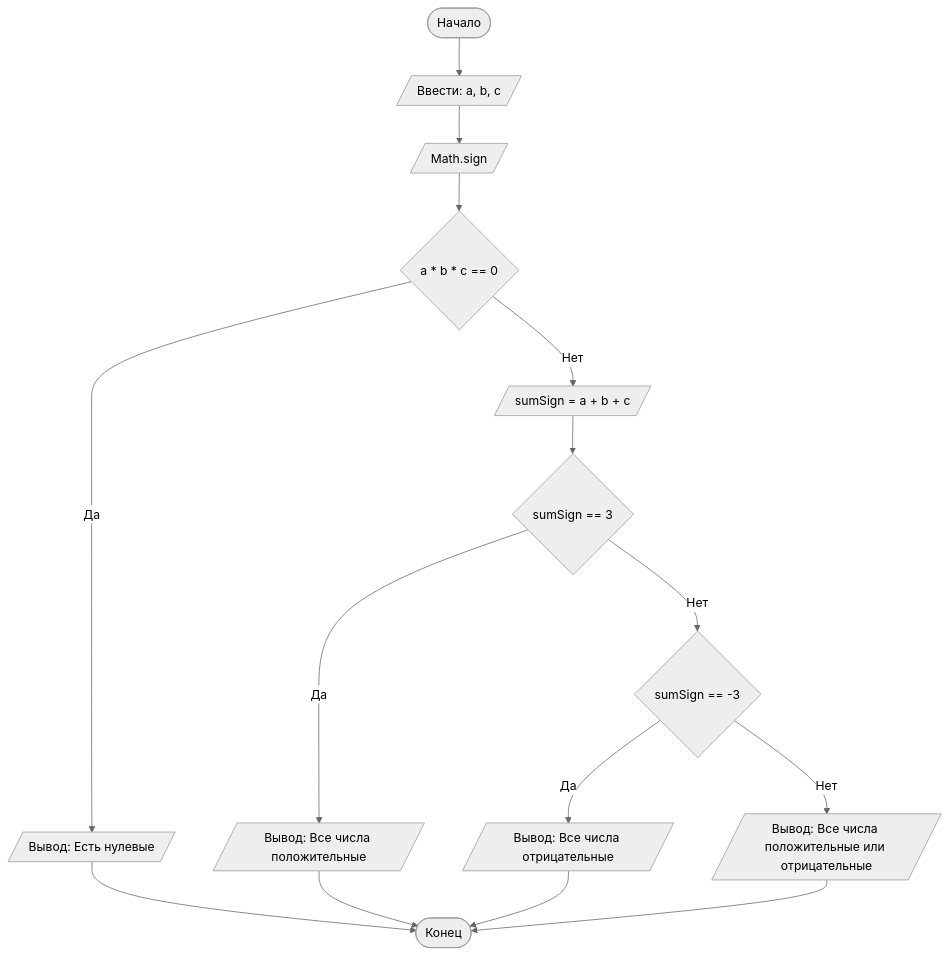
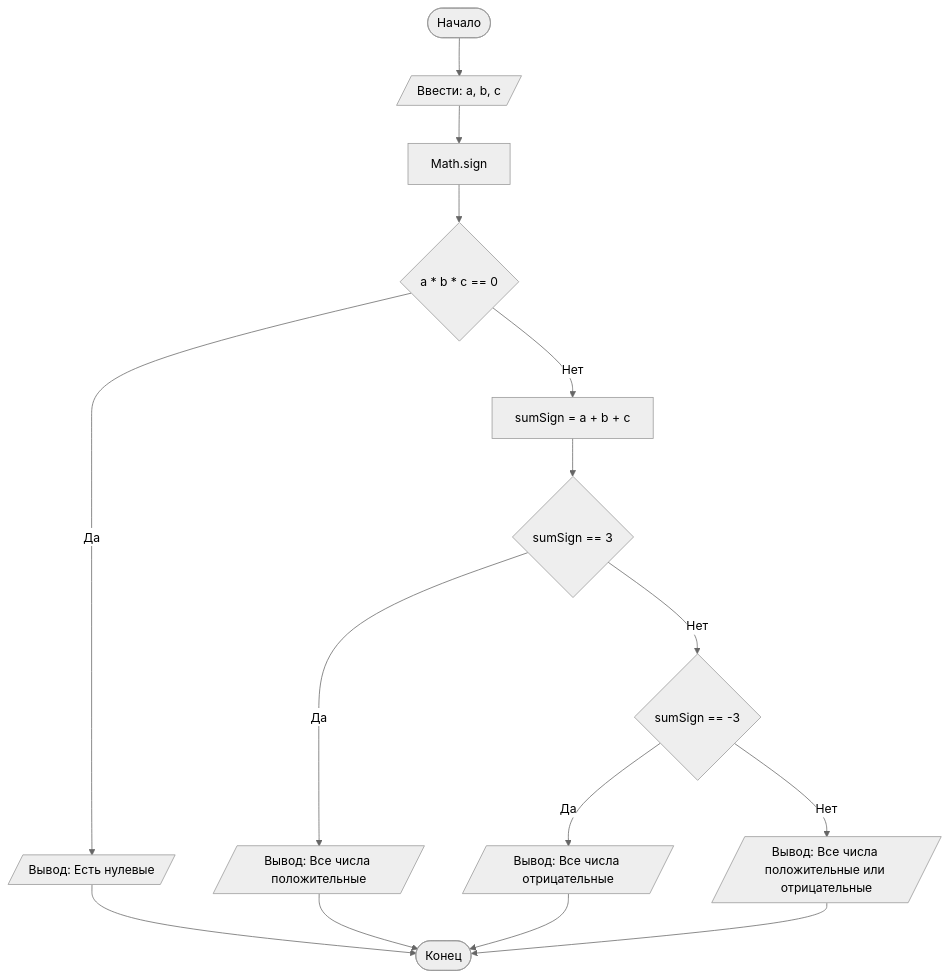
Before and after one commit to Aseychik/Lab1: the diagram in README.md, drawn with Mermaid (neutral theme).

````diff
--- a/README.md
+++ b/README.md
@@ -103,18 +103,18 @@
 ```mermaid
 graph TD
     A([Начало]) --> B[/Ввести: a, b, c/]
-    B -->C[/Math.sign/]
+    B -->C[Math.sign]
     C-->D{a * b * c == 0}
     D -- Да --> E[/Вывод: Есть нулевые/]
-    D -- Нет --> H[/sumSign = a + b + c/]
+    D -- Нет --> H[sumSign = a + b + c]
     H --> I{sumSign == 3}
     I -- Да --> J[/Вывод: Все числа положительные/]
     I -- Нет --> K{sumSign == -3}
     K -- Да --> L[/Вывод: Все числа отрицательные/]
     K -- Нет --> M[/Вывод: Все числа положительные или отрицательные/]
     E --> Z
     J --> Z
     L --> Z
     M --> Z([Конец])
 
 ```
````
